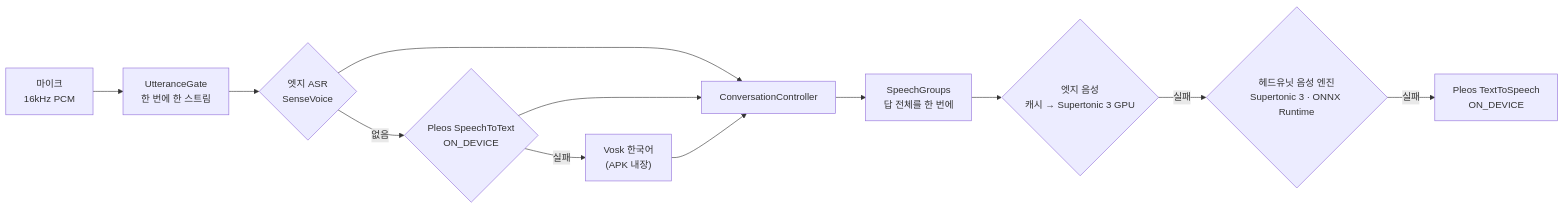
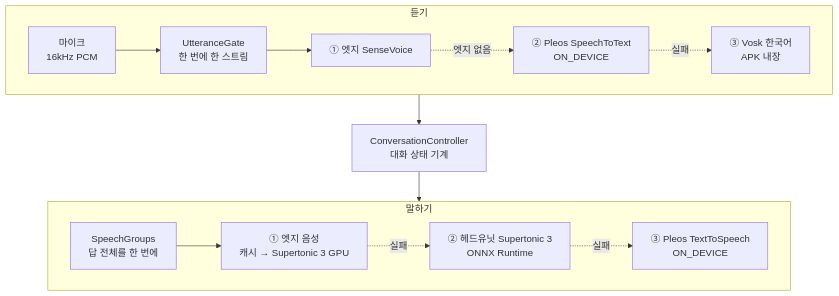
One commit to my-pli/pli-app changed the diagram in docs/manual/ARCHITECTURE.md. Above: the diagram before and after it, drawn with Mermaid. The commit also changed 1 other file, not shown here.

Commit message:
docs: 아키텍처·음성 파이프라인 도식을 계층형으로, 영상 섹션 전체 폭
- README 아키텍처를 헤드유닛 → 엣지 → MCP 세 계층으로 정리
- 음성 파이프라인을 듣기·말하기 대체 경로(①②③)로 정리
- Mermaid 엣지 라벨을 표준 표기로, 가로·세로 영상을 전체 폭으로

````diff
--- a/docs/manual/ARCHITECTURE.md
+++ b/docs/manual/ARCHITECTURE.md
@@ -57,14 +57,17 @@
 ```mermaid
-flowchart LR
-  MIC["마이크<br/>16kHz PCM"] --> GATE["UtteranceGate<br/>한 번에 한 스트림"]
-  GATE --> E_ASR{"엣지 ASR<br/>SenseVoice"}
-  E_ASR -->|"없음"| P_STT{"Pleos SpeechToText<br/>ON_DEVICE"}
-  P_STT -->|"실패"| VOSK["Vosk 한국어<br/>(APK 내장)"]
-  E_ASR --> CTRL["ConversationController"]
-  P_STT --> CTRL
-  VOSK --> CTRL
-  CTRL --> GROUPS["SpeechGroups<br/>답 전체를 한 번에"]
-  GROUPS --> E_TTS{"엣지 음성<br/>캐시 → Supertonic 3 GPU"}
-  E_TTS -->|"실패"| HU_TTS{"헤드유닛 음성 엔진<br/>Supertonic 3 · ONNX Runtime"}
-  HU_TTS -->|"실패"| P_TTS["Pleos TextToSpeech<br/>ON_DEVICE"]
+flowchart TB
+  subgraph LISTEN["듣기"]
+    direction LR
+    MIC["마이크<br/>16kHz PCM"] --> GATE["UtteranceGate<br/>한 번에 한 스트림"] --> E_ASR["① 엣지 SenseVoice"]
+    E_ASR -.->|"엣지 없음"| P_STT["② Pleos SpeechToText<br/>ON_DEVICE"]
+    P_STT -.->|"실패"| VOSK["③ Vosk 한국어<br/>APK 내장"]
+  end
+  CTRL["ConversationController<br/>대화 상태 기계"]
+  subgraph SPEAK["말하기"]
+    direction LR
+    GROUPS["SpeechGroups<br/>답 전체를 한 번에"] --> E_TTS["① 엣지 음성<br/>캐시 → Supertonic 3 GPU"]
+    E_TTS -.->|"실패"| HU_TTS["② 헤드유닛 Supertonic 3<br/>ONNX Runtime"]
+    HU_TTS -.->|"실패"| P_TTS["③ Pleos TextToSpeech<br/>ON_DEVICE"]
+  end
+  LISTEN --> CTRL --> SPEAK
 ```
````
